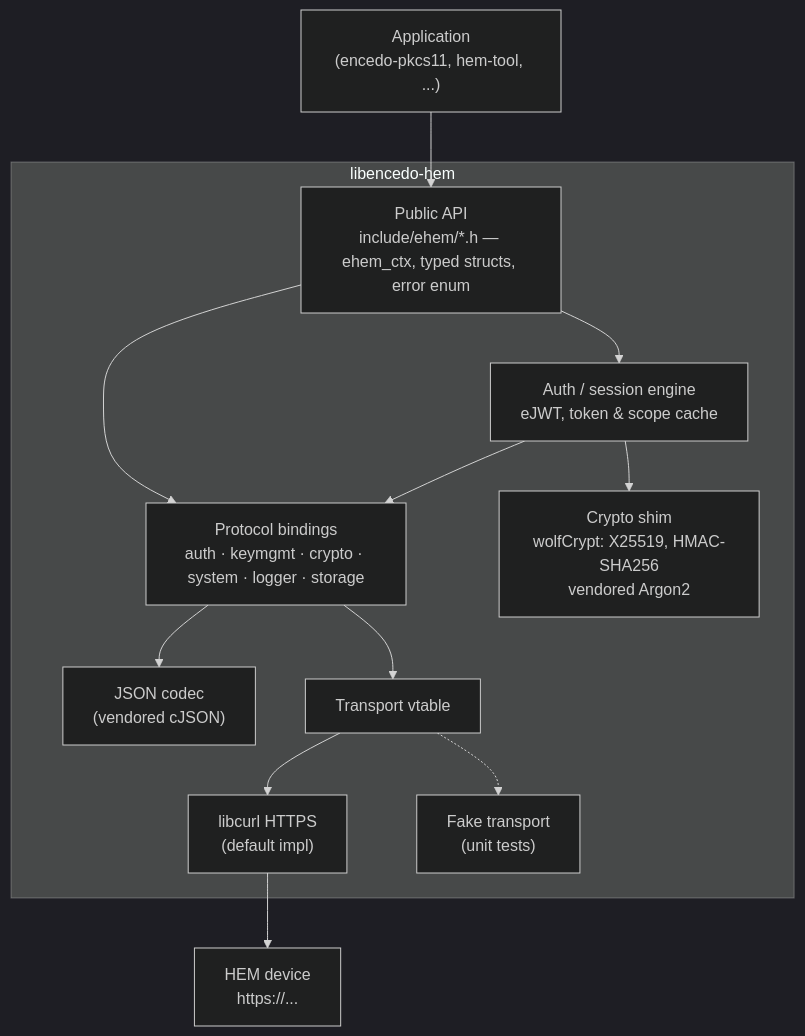
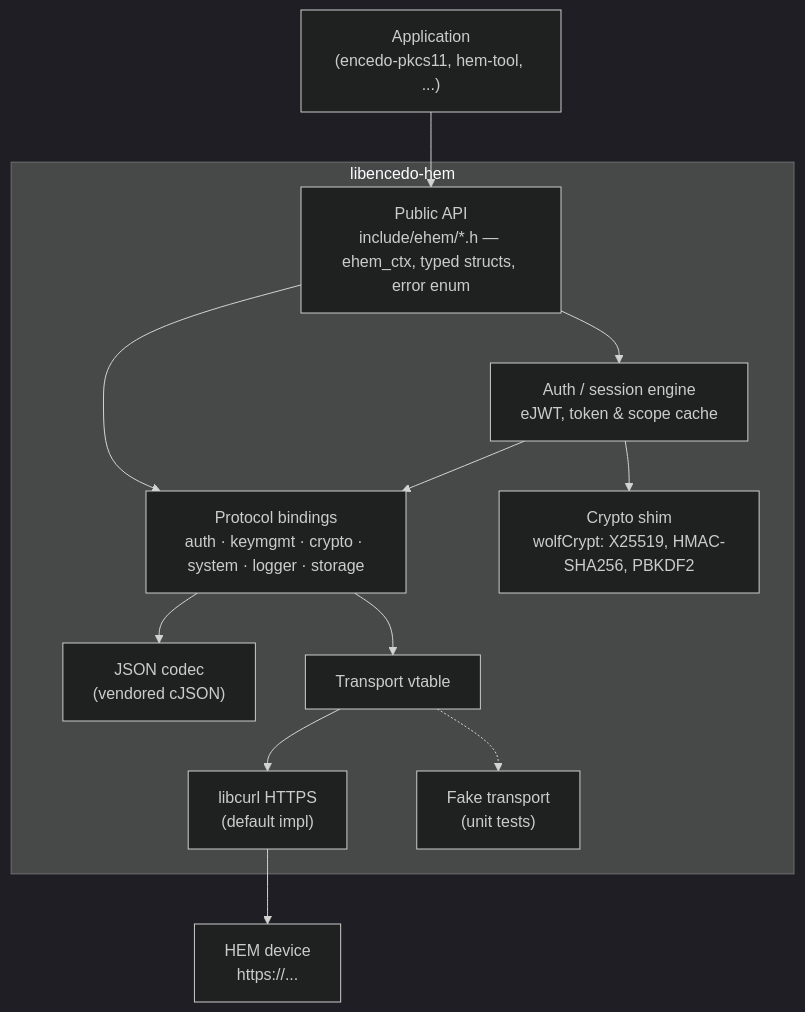
Before and after one commit to KajtomatO/encedo-hem-c-api: the first of 2 diagrams in ARCHITECTURE.md, drawn with Mermaid (dark theme). The commit also changed other lines of this file and 112 other files, not shown here.

````diff
--- a/ARCHITECTURE.md
+++ b/ARCHITECTURE.md
@@ -187,16 +205,16 @@
 ```mermaid
 graph TD
     APP["Application<br/>(encedo-pkcs11, hem-tool, ...)"] --> API
     subgraph libencedo-hem
         API["Public API<br/>include/ehem/*.h — ehem_ctx, typed structs, error enum"]
         API --> SES["Auth / session engine<br/>eJWT, token & scope cache"]
         API --> PROTO["Protocol bindings<br/>auth · keymgmt · crypto · system · logger · storage"]
         SES --> PROTO
         PROTO --> JSON["JSON codec<br/>(vendored cJSON)"]
-        SES --> CRY["Crypto shim<br/>wolfCrypt: X25519, HMAC-SHA256<br/>vendored Argon2"]
+        SES --> CRY["Crypto shim<br/>wolfCrypt: X25519, HMAC-SHA256, PBKDF2"]
         PROTO --> T["Transport vtable"]
         T --> CURL["libcurl HTTPS<br/>(default impl)"]
         T -.-> FAKE["Fake transport<br/>(unit tests)"]
     end
     CURL --> HEM["HEM device<br/>https://..."]
 ```
````
